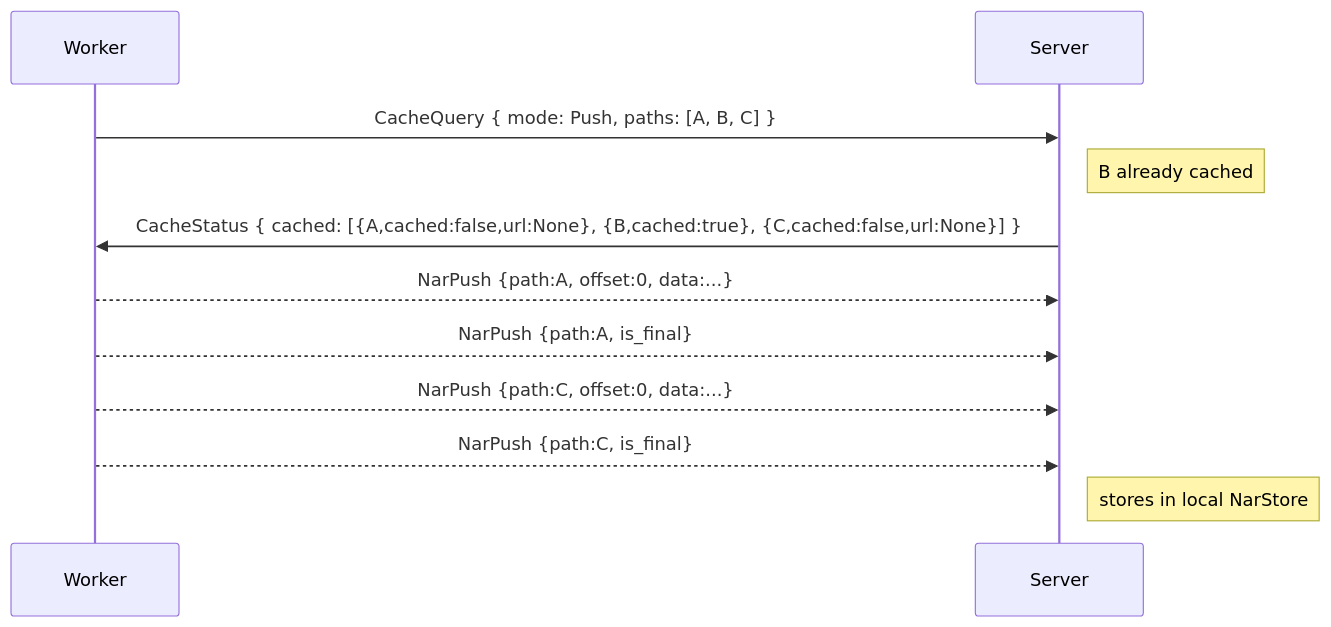
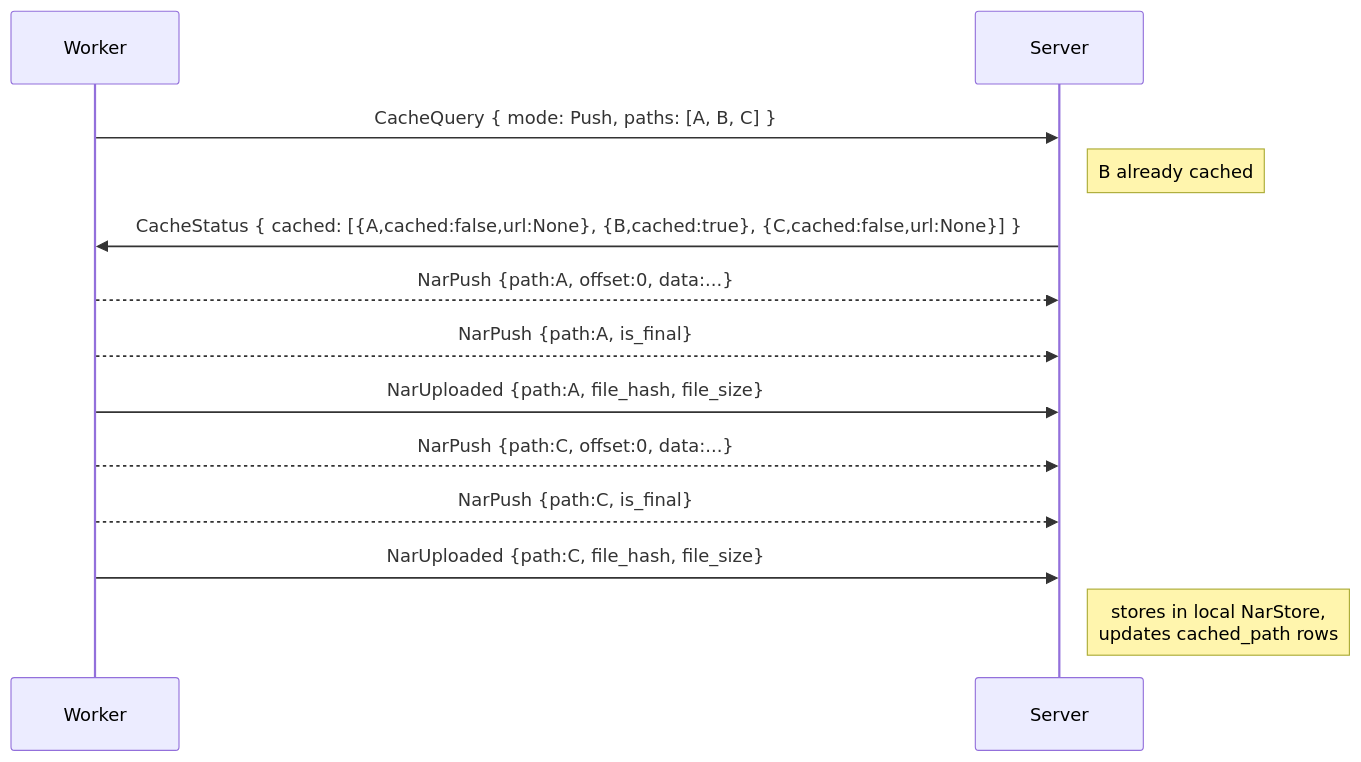
Diagram 15 of 23 in docs/src/development/proto.md (wavelens/gradient), drawn with Mermaid before and after one commit. The commit also changed other lines of this file and 24 other files, not shown here.

Commit message:
backend: migrate cache to cached_path table

````diff
--- a/docs/src/development/proto.md
+++ b/docs/src/development/proto.md
@@ -802,14 +803,16 @@
 ```mermaid
 sequenceDiagram
     participant W as Worker
     participant S as Server
 
     W->>S: CacheQuery { mode: Push, paths: [A, B, C] }
     Note right of S: B already cached
     S->>W: CacheStatus { cached: [{A,cached:false,url:None}, {B,cached:true}, {C,cached:false,url:None}] }
     W-->>S: NarPush {path:A, offset:0, data:...}
     W-->>S: NarPush {path:A, is_final}
+    W->>S: NarUploaded {path:A, file_hash, file_size}
     W-->>S: NarPush {path:C, offset:0, data:...}
     W-->>S: NarPush {path:C, is_final}
-    Note right of S: stores in local NarStore
+    W->>S: NarUploaded {path:C, file_hash, file_size}
+    Note right of S: stores in local NarStore,<br/>updates cached_path rows
 ```
````
